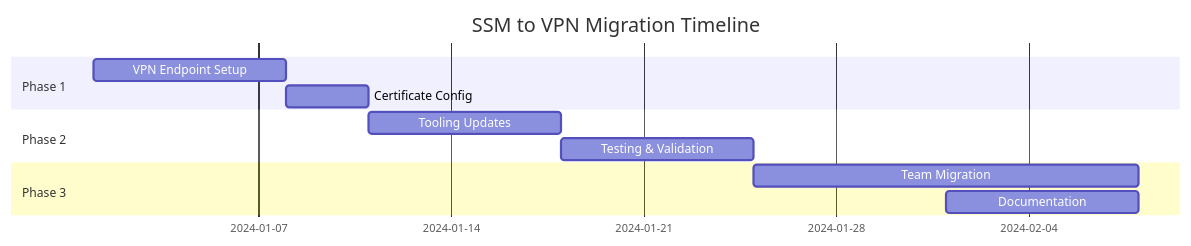
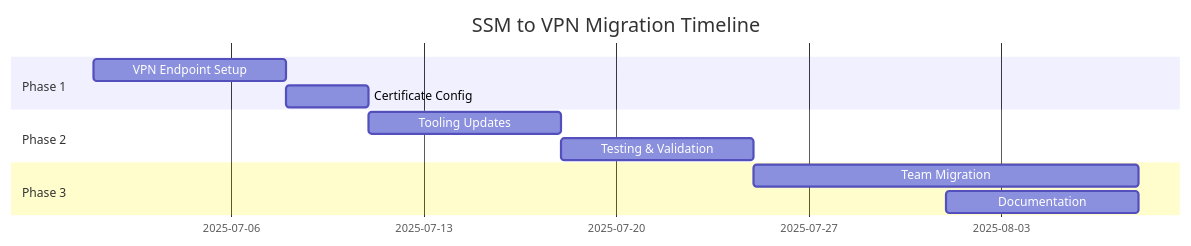
Diagram 15 of 18 in README.md (hugger-beep/ssm_ssh), drawn with Mermaid before and after one commit.

````diff
--- a/README.md
+++ b/README.md
@@ -1406,14 +1406,14 @@
 ```mermaid
 gantt
     title SSM to VPN Migration Timeline
     dateFormat  YYYY-MM-DD
     section Phase 1
-    VPN Endpoint Setup    :2024-01-01, 1w
-    Certificate Config    :2024-01-08, 3d
+    VPN Endpoint Setup    :2025-07-01, 1w
+    Certificate Config    :2025-07-08, 3d
     section Phase 2
-    Tooling Updates      :2024-01-11, 1w
-    Testing & Validation :2024-01-18, 1w
+    Tooling Updates      :2025-07-11, 1w
+    Testing & Validation :2025-07-18, 1w
     section Phase 3
-    Team Migration       :2024-01-25, 2w
-    Documentation        :2024-02-01, 1w
+    Team Migration       :2025-07-25, 2w
+    Documentation        :2025-08-01, 1w
 ```
````
